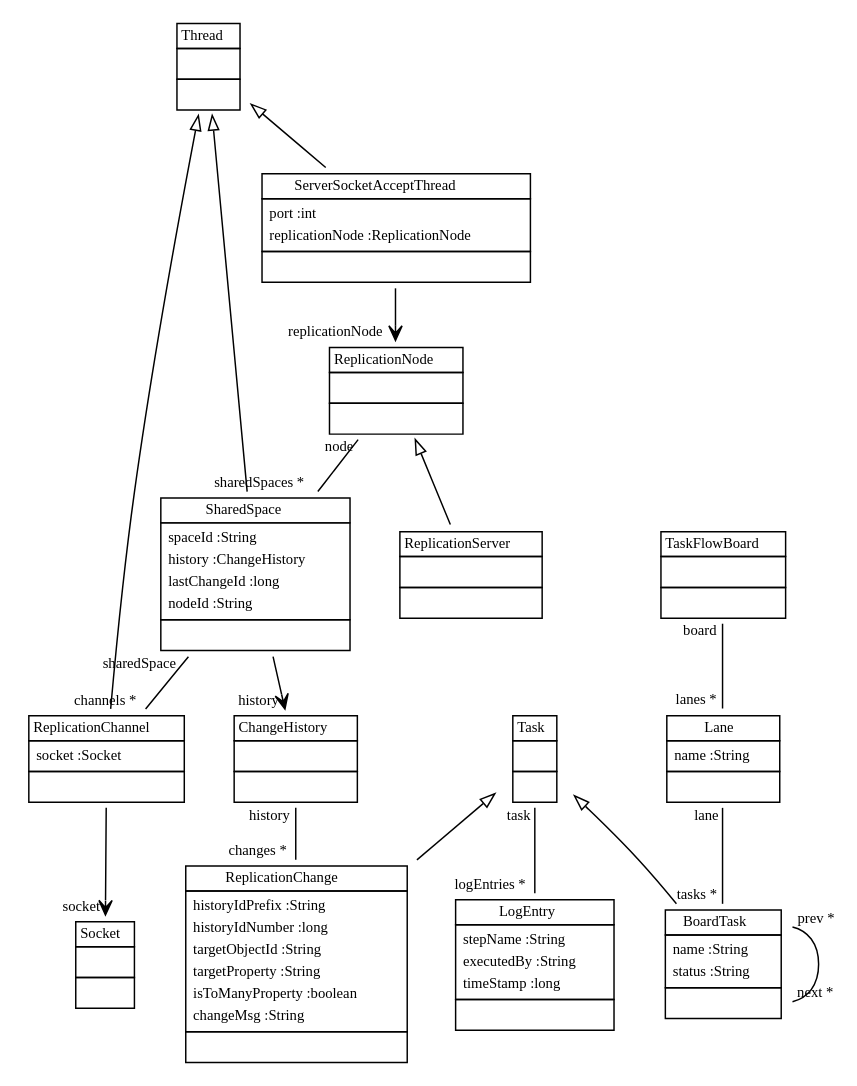
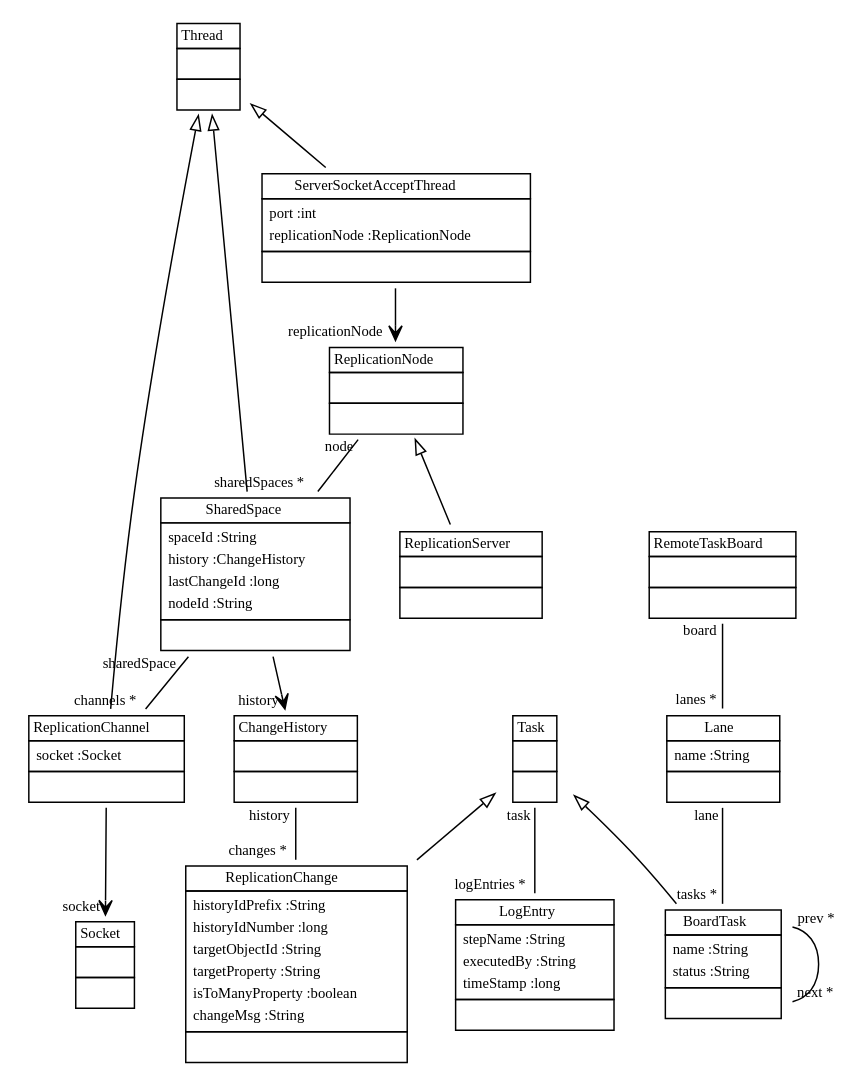
One commit to fujaba/SDMLib changed the diagram in doc/ReplicationModel01.dot. Above: the diagram before and after it, drawn with Graphviz. The commit also changed 1026 other files, not shown here.

```diff
--- a/doc/ReplicationModel01.dot
+++ b/doc/ReplicationModel01.dot
@@ -1,40 +1,40 @@
 
  digraph ClassDiagram {
     node [shape = none, fontsize = 10]; 
     edge [fontsize = 10];
     
     
     _Thread [label=<<table border='0' cellborder='1' cellspacing='0'> <tr> <td HREF="../src/java/lang/Thread.java">Thread</td> </tr> <tr><td><table border='0' cellborder='0' cellspacing='0'> <tr><td> </td></tr> </table></td></tr> <tr><td><table border='0' cellborder='0' cellspacing='0'> <tr><td> </td></tr> </table></td></tr> </table>>];
     _Socket [label=<<table border='0' cellborder='1' cellspacing='0'> <tr> <td HREF="../src/java/net/Socket.java">Socket</td> </tr> <tr><td><table border='0' cellborder='0' cellspacing='0'> <tr><td> </td></tr> </table></td></tr> <tr><td><table border='0' cellborder='0' cellspacing='0'> <tr><td> </td></tr> </table></td></tr> </table>>];
     _ReplicationNode [label=<<table border='0' cellborder='1' cellspacing='0'> <tr> <td HREF="../src/org/sdmlib/replication/ReplicationNode.java">ReplicationNode</td> </tr> <tr><td><table border='0' cellborder='0' cellspacing='0'> <tr><td> </td></tr> </table></td></tr> <tr><td><table border='0' cellborder='0' cellspacing='0'> <tr><td> </td></tr> </table></td></tr> </table>>];
     _SharedSpace [label=<<table border='0' cellborder='1' cellspacing='0'> <tr> <td HREF="../src/org/sdmlib/replication/SharedSpace.java">SharedSpace</td> </tr> <tr><td><table border='0' cellborder='0' cellspacing='0'> <tr><td align='left'>spaceId :String</td></tr> <tr><td align='left'>history :ChangeHistory</td></tr> <tr><td align='left'>lastChangeId :long</td></tr> <tr><td align='left'>nodeId :String</td></tr>  </table></td></tr> <tr><td><table border='0' cellborder='0' cellspacing='0'> <tr><td> </td></tr> </table></td></tr> </table>>];
     _ReplicationChannel [label=<<table border='0' cellborder='1' cellspacing='0'> <tr> <td HREF="../src/org/sdmlib/replication/ReplicationChannel.java">ReplicationChannel</td> </tr> <tr><td><table border='0' cellborder='0' cellspacing='0'> <tr><td align='left'>socket :Socket</td></tr>  </table></td></tr> <tr><td><table border='0' cellborder='0' cellspacing='0'> <tr><td> </td></tr> </table></td></tr> </table>>];
     _ReplicationServer [label=<<table border='0' cellborder='1' cellspacing='0'> <tr> <td HREF="../src/org/sdmlib/replication/ReplicationServer.java">ReplicationServer</td> </tr> <tr><td><table border='0' cellborder='0' cellspacing='0'> <tr><td> </td></tr> </table></td></tr> <tr><td><table border='0' cellborder='0' cellspacing='0'> <tr><td> </td></tr> </table></td></tr> </table>>];
     _ServerSocketAcceptThread [label=<<table border='0' cellborder='1' cellspacing='0'> <tr> <td HREF="../src/org/sdmlib/replication/ServerSocketAcceptThread.java">ServerSocketAcceptThread</td> </tr> <tr><td><table border='0' cellborder='0' cellspacing='0'> <tr><td align='left'>port :int</td></tr> <tr><td align='left'>replicationNode :ReplicationNode</td></tr>  </table></td></tr> <tr><td><table border='0' cellborder='0' cellspacing='0'> <tr><td> </td></tr> </table></td></tr> </table>>];
     _Task [label=<<table border='0' cellborder='1' cellspacing='0'> <tr> <td HREF="../src/org/sdmlib/replication/Task.java">Task</td> </tr> <tr><td><table border='0' cellborder='0' cellspacing='0'> <tr><td> </td></tr> </table></td></tr> <tr><td><table border='0' cellborder='0' cellspacing='0'> <tr><td> </td></tr> </table></td></tr> </table>>];
     _LogEntry [label=<<table border='0' cellborder='1' cellspacing='0'> <tr> <td HREF="../src/org/sdmlib/replication/LogEntry.java">LogEntry</td> </tr> <tr><td><table border='0' cellborder='0' cellspacing='0'> <tr><td align='left'>stepName :String</td></tr> <tr><td align='left'>executedBy :String</td></tr> <tr><td align='left'>timeStamp :long</td></tr>  </table></td></tr> <tr><td><table border='0' cellborder='0' cellspacing='0'> <tr><td> </td></tr> </table></td></tr> </table>>];
     _ChangeHistory [label=<<table border='0' cellborder='1' cellspacing='0'> <tr> <td HREF="../src/org/sdmlib/replication/ChangeHistory.java">ChangeHistory</td> </tr> <tr><td><table border='0' cellborder='0' cellspacing='0'> <tr><td> </td></tr> </table></td></tr> <tr><td><table border='0' cellborder='0' cellspacing='0'> <tr><td> </td></tr> </table></td></tr> </table>>];
     _ReplicationChange [label=<<table border='0' cellborder='1' cellspacing='0'> <tr> <td HREF="../src/org/sdmlib/replication/ReplicationChange.java">ReplicationChange</td> </tr> <tr><td><table border='0' cellborder='0' cellspacing='0'> <tr><td align='left'>historyIdPrefix :String</td></tr> <tr><td align='left'>historyIdNumber :long</td></tr> <tr><td align='left'>targetObjectId :String</td></tr> <tr><td align='left'>targetProperty :String</td></tr> <tr><td align='left'>isToManyProperty :boolean</td></tr> <tr><td align='left'>changeMsg :String</td></tr>  </table></td></tr> <tr><td><table border='0' cellborder='0' cellspacing='0'> <tr><td> </td></tr> </table></td></tr> </table>>];
-    _TaskFlowBoard [label=<<table border='0' cellborder='1' cellspacing='0'> <tr> <td HREF="../src/org/sdmlib/replication/TaskFlowBoard.java">TaskFlowBoard</td> </tr> <tr><td><table border='0' cellborder='0' cellspacing='0'> <tr><td> </td></tr> </table></td></tr> <tr><td><table border='0' cellborder='0' cellspacing='0'> <tr><td> </td></tr> </table></td></tr> </table>>];
+    _RemoteTaskBoard [label=<<table border='0' cellborder='1' cellspacing='0'> <tr> <td HREF="../src/org/sdmlib/replication/RemoteTaskBoard.java">RemoteTaskBoard</td> </tr> <tr><td><table border='0' cellborder='0' cellspacing='0'> <tr><td> </td></tr> </table></td></tr> <tr><td><table border='0' cellborder='0' cellspacing='0'> <tr><td> </td></tr> </table></td></tr> </table>>];
     _Lane [label=<<table border='0' cellborder='1' cellspacing='0'> <tr> <td HREF="../src/org/sdmlib/replication/Lane.java">Lane</td> </tr> <tr><td><table border='0' cellborder='0' cellspacing='0'> <tr><td align='left'>name :String</td></tr>  </table></td></tr> <tr><td><table border='0' cellborder='0' cellspacing='0'> <tr><td> </td></tr> </table></td></tr> </table>>];
     _BoardTask [label=<<table border='0' cellborder='1' cellspacing='0'> <tr> <td HREF="../src/org/sdmlib/replication/BoardTask.java">BoardTask</td> </tr> <tr><td><table border='0' cellborder='0' cellspacing='0'> <tr><td align='left'>name :String</td></tr> <tr><td align='left'>status :String</td></tr>  </table></td></tr> <tr><td><table border='0' cellborder='0' cellspacing='0'> <tr><td> </td></tr> </table></td></tr> </table>>];
     
     
     
     _Thread ->  _SharedSpace [dir = "back" arrowtail = "empty"];
     _Thread ->  _ReplicationChannel [dir = "back" arrowtail = "empty"];
     _ReplicationNode ->  _ReplicationServer [dir = "back" arrowtail = "empty"];
     _Thread ->  _ServerSocketAcceptThread [dir = "back" arrowtail = "empty"];
     _Task ->  _ReplicationChange [dir = "back" arrowtail = "empty"];
     _Task ->  _BoardTask [dir = "back" arrowtail = "empty"];
     _ReplicationNode -> _SharedSpace [headlabel = "sharedSpaces *" taillabel = "node" arrowhead = "none" ];
     _SharedSpace -> _ReplicationChannel [headlabel = "channels *" taillabel = "sharedSpace" arrowhead = "none" ];
     _Task -> _LogEntry [headlabel = "logEntries *" taillabel = "task" arrowhead = "none" ];
     _ChangeHistory -> _ReplicationChange [headlabel = "changes *" taillabel = "history" arrowhead = "none" ];
-    _TaskFlowBoard -> _Lane [headlabel = "lanes *" taillabel = "board" arrowhead = "none" ];
+    _RemoteTaskBoard -> _Lane [headlabel = "lanes *" taillabel = "board" arrowhead = "none" ];
     _Lane -> _BoardTask [headlabel = "tasks *" taillabel = "lane" arrowhead = "none" ];
     _BoardTask -> _BoardTask [headlabel = "next *" taillabel = "prev *" arrowhead = "none" ];
     _SharedSpace -> _ChangeHistory [headlabel = "history" taillabel = "" arrowhead = "vee" ];
     _ReplicationChannel -> _Socket [headlabel = "socket" taillabel = "" arrowhead = "vee" ];
     _ServerSocketAcceptThread -> _ReplicationNode [headlabel = "replicationNode" taillabel = "" arrowhead = "vee" ];
 }
```
